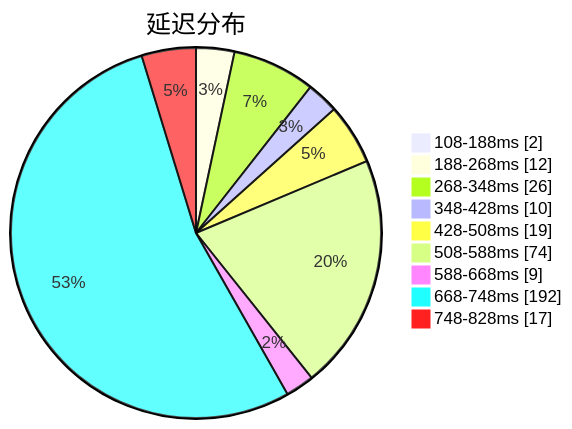
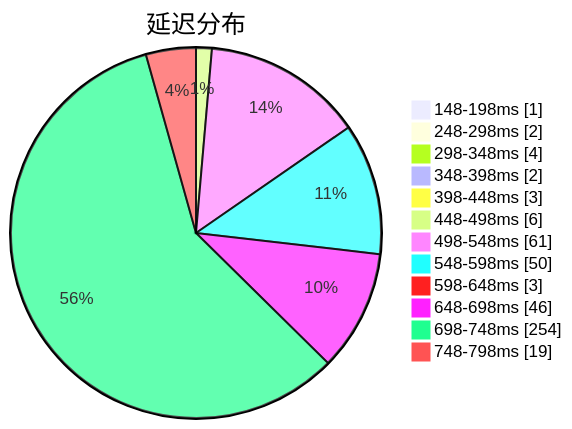
Before and after one commit to sinspired/airport: the first of 3 diagrams in subs/statistics/tested_within.md, drawn with Mermaid. The commit also changed other lines of this file and 2 other files, not shown here.

````diff
--- a/subs/statistics/tested_within.md
+++ b/subs/statistics/tested_within.md
@@ -2,13 +2,16 @@
 ```mermaid
 pie showData
 title 延迟分布
-"108-188ms" : 2
-"188-268ms" : 12
-"268-348ms" : 26
-"348-428ms" : 10
-"428-508ms" : 19
-"508-588ms" : 74
-"588-668ms" : 9
-"668-748ms" : 192
-"748-828ms" : 17
+"148-198ms" : 1
+"248-298ms" : 2
+"298-348ms" : 4
+"348-398ms" : 2
+"398-448ms" : 3
+"448-498ms" : 6
+"498-548ms" : 61
+"548-598ms" : 50
+"598-648ms" : 3
+"648-698ms" : 46
+"698-748ms" : 254
+"748-798ms" : 19
 ```
````
